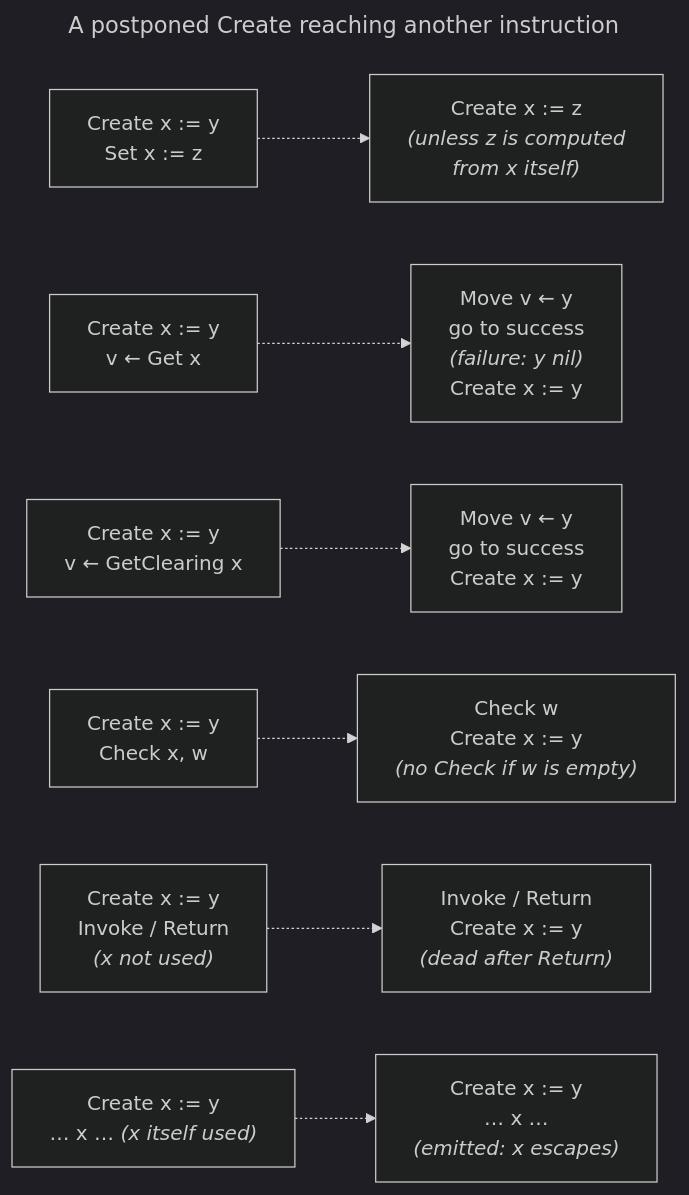
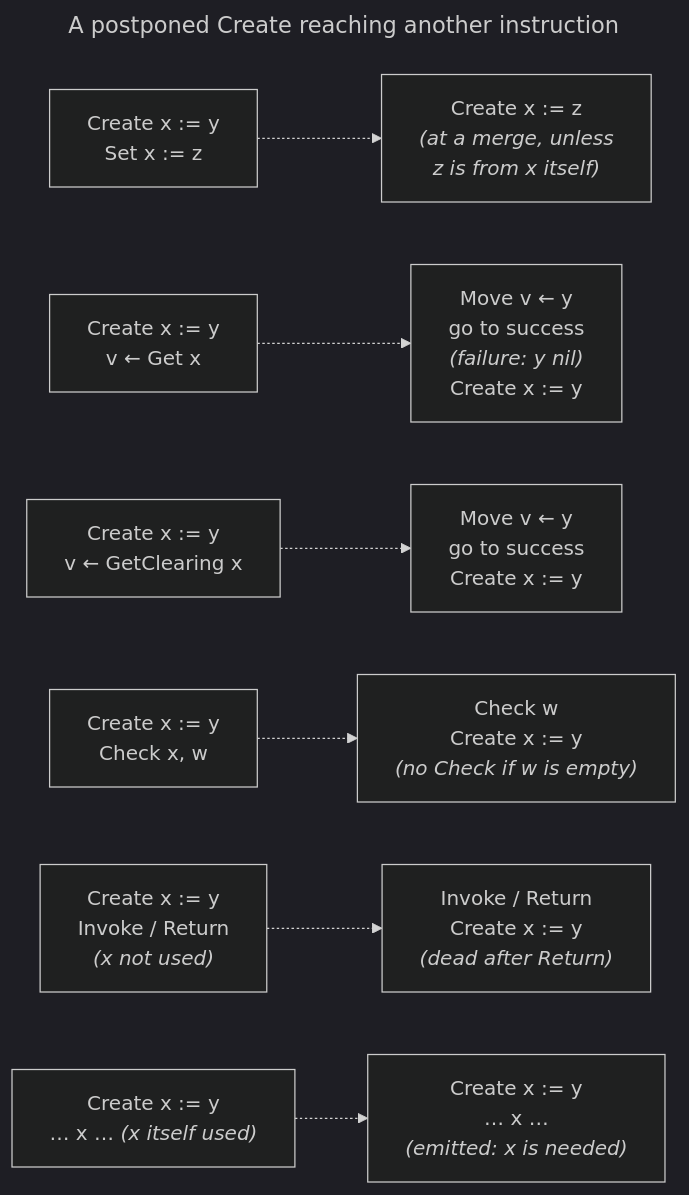
Before and after one commit to AvailLang/Avail: the first of 3 diagrams in avail/doc/Optimization/Level_Two/Variable_elision.md, drawn with Mermaid (dark theme). The commit also changed other lines of this file and 20 other files, not shown here.

````diff
--- a/avail/doc/Optimization/Level_Two/Variable_elision.md
+++ b/avail/doc/Optimization/Level_Two/Variable_elision.md
@@ -117,21 +152,22 @@
 ```mermaid
 ---
 title: A postponed Create reaching another instruction
 ---
 flowchart LR
  Set["Create x := y<br>Set x := z"]
- Set .-> Set'["Create x := z<br><i>(unless z is computed<br>from x itself)</i>"]
+ Set'["Create x := z<br><i>(at a merge, unless<br>z is from x itself)</i>"]
+ Set .-> Set'
  Get["Create x := y<br>v ← Get x"]
  Get'["Move v ← y<br>go to success<br><i>(failure: y nil)</i><br>Create x := y"]
  Get .-> Get'
  Clear["Create x := y<br>v ← GetClearing x"]
  Clear .-> Clear'["Move v ← y<br>go to success<br>Create x := y"]
  Check["Create x := y<br>Check x, w"]
  Check'["Check w<br>Create x := y<br><i>(no Check if w is empty)</i>"]
  Check .-> Check'
  Call["Create x := y<br>Invoke / Return<br><i>(x not used)</i>"]
  Call'["Invoke / Return<br>Create x := y<br><i>(dead after Return)</i>"]
  Call .-> Call'
  Use["Create x := y<br>… x … <i>(x itself used)</i>"]
- Use .-> Use'["Create x := y<br>… x …<br><i>(emitted: x escapes)</i>"]
+ Use .-> Use'["Create x := y<br>… x …<br><i>(emitted: x is needed)</i>"]
 ```
````
